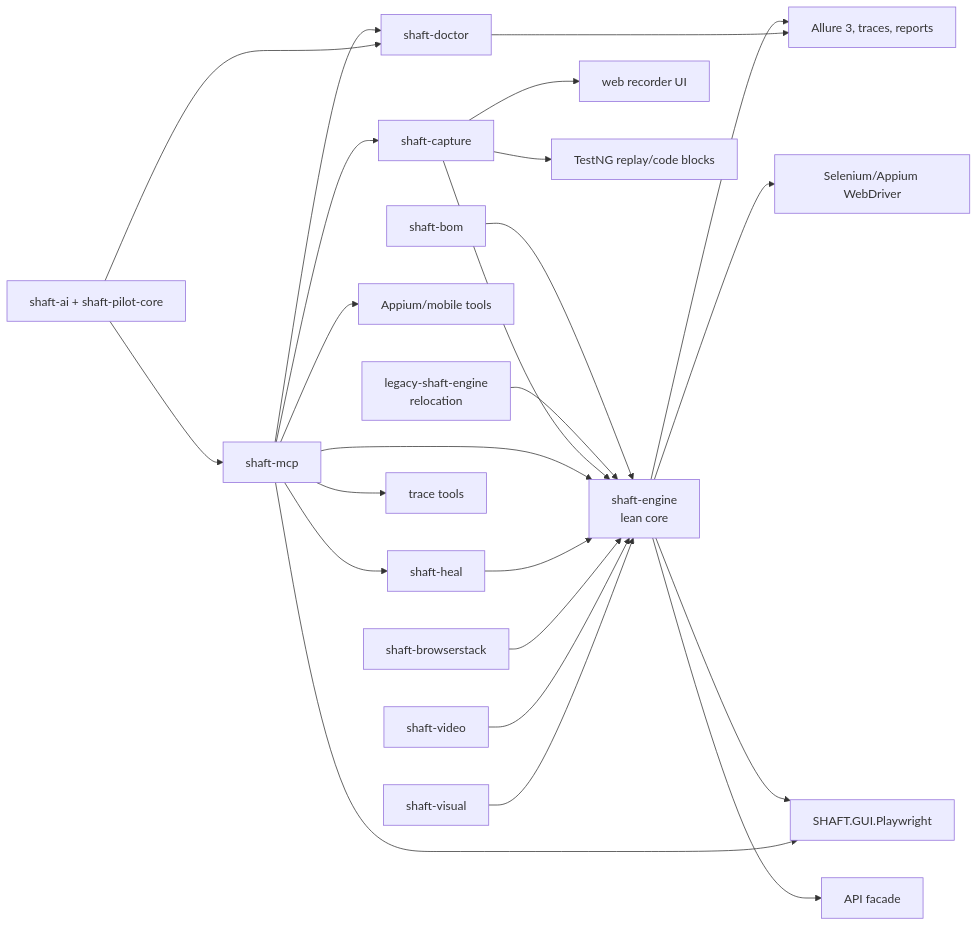
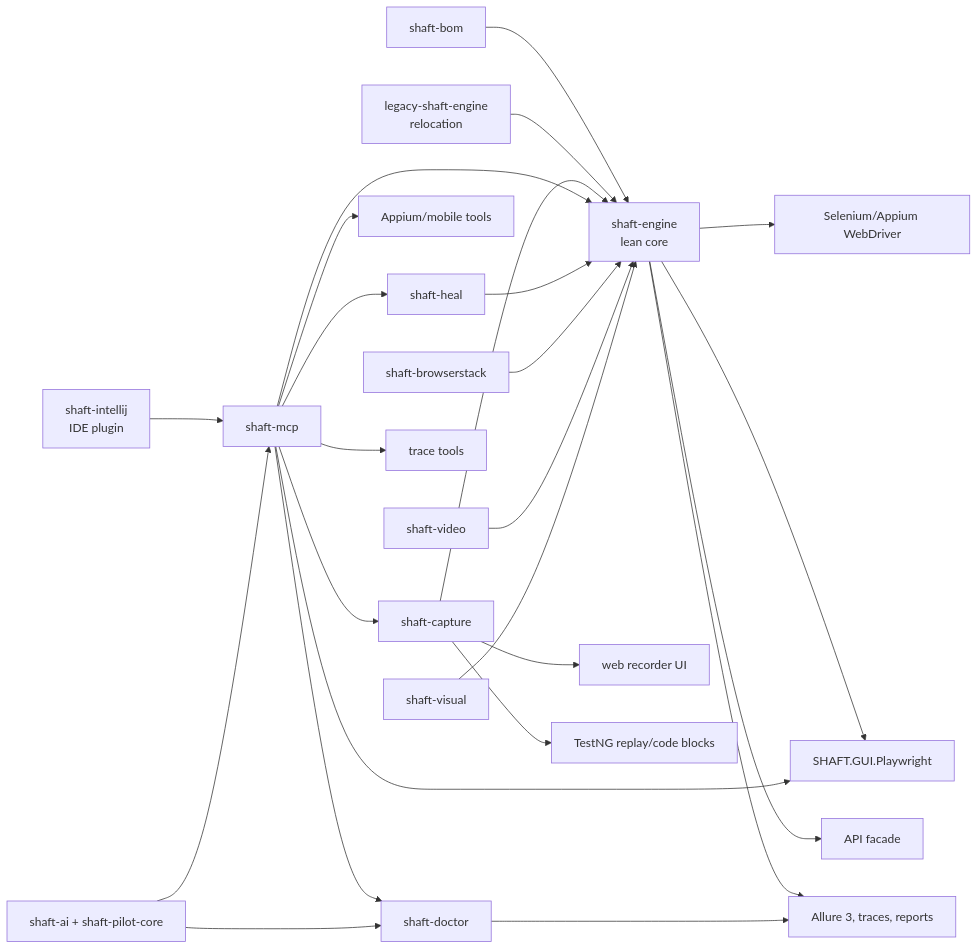
The first of 4 diagrams in modular-era-feature-catalog.md (ShaftHQ/SHAFT_ENGINE), drawn with Mermaid before and after one commit. The commit also changed other lines of this file and 3 other files, not shown here.

Commit message:
Document IntelliJ plugin in feature catalog (#3153)

````diff
--- a/modular-era-feature-catalog.md
+++ b/modular-era-feature-catalog.md
@@ -322,31 +364,32 @@
 ```mermaid
 flowchart LR
     Core[shaft-engine<br/>lean core] --> WebDriver[Selenium/Appium WebDriver]
     Core --> Playwright[SHAFT.GUI.Playwright]
     Core --> API[API facade]
     Core --> Reporting[Allure 3, traces, reports]
 
     BOM[shaft-bom] --> Core
     Legacy[legacy-shaft-engine<br/>relocation] --> Core
 
     Capture[shaft-capture] --> Core
     Capture --> Recorder[web recorder UI]
     Capture --> Codegen[TestNG replay/code blocks]
 
     MCP[shaft-mcp] --> Core
     MCP --> Capture
     MCP --> Playwright
     MCP --> Mobile[Appium/mobile tools]
     MCP --> Doctor
     MCP --> Heal
     MCP --> Trace[trace tools]
+    IntelliJ[shaft-intellij<br/>IDE plugin] --> MCP
 
     Doctor[shaft-doctor] --> Reporting
     Heal[shaft-heal] --> Core
     AI[shaft-ai + shaft-pilot-core] --> Doctor
     AI --> MCP
 
     BrowserStack[shaft-browserstack] --> Core
     Video[shaft-video] --> Core
     Visual[shaft-visual] --> Core
 ```
````
